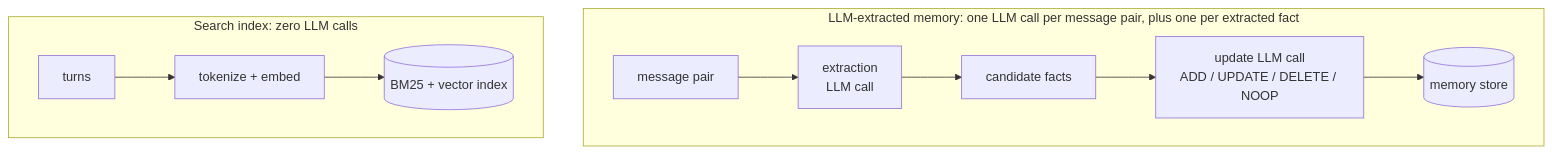
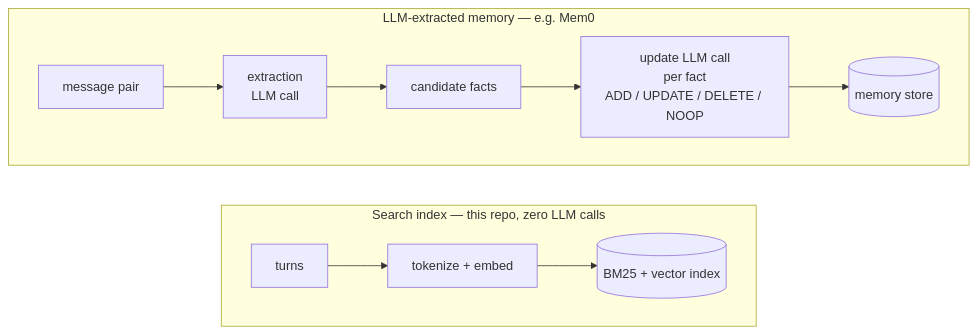
Before and after one commit to i-shantt/llm-mem-eval: the second of 3 diagrams in README.md, drawn with Mermaid.

Commit message:
Stack the write-path diagram vertically
Two disconnected subgraphs render side by side and in reverse order, so
the search index appeared first and the whole figure was one line tall.
An invisible link forces Mem0's pipeline above the index, where the
difference in length is the point being made.

````diff
--- a/README.md
+++ b/README.md
@@ -66,16 +66,18 @@
 ```mermaid
 flowchart TB
-    subgraph EXTRACT["LLM-extracted memory: one LLM call per message pair, plus one per extracted fact"]
+    subgraph EXTRACT["LLM-extracted memory — e.g. Mem0"]
         direction LR
         P["message pair"] --> E["extraction<br/>LLM call"]
         E --> F["candidate facts"]
-        F --> U["update LLM call<br/>ADD / UPDATE / DELETE / NOOP"]
+        F --> U["update LLM call<br/>per fact<br/>ADD / UPDATE / DELETE / NOOP"]
         U --> DB[("memory store")]
     end
 
-    subgraph INDEX["Search index: zero LLM calls"]
+    subgraph INDEX["Search index — this repo, zero LLM calls"]
         direction LR
         T["turns"] --> TK["tokenize + embed"]
         TK --> IX[("BM25 + vector index")]
     end
+
+    EXTRACT ~~~ INDEX
 ```
````
